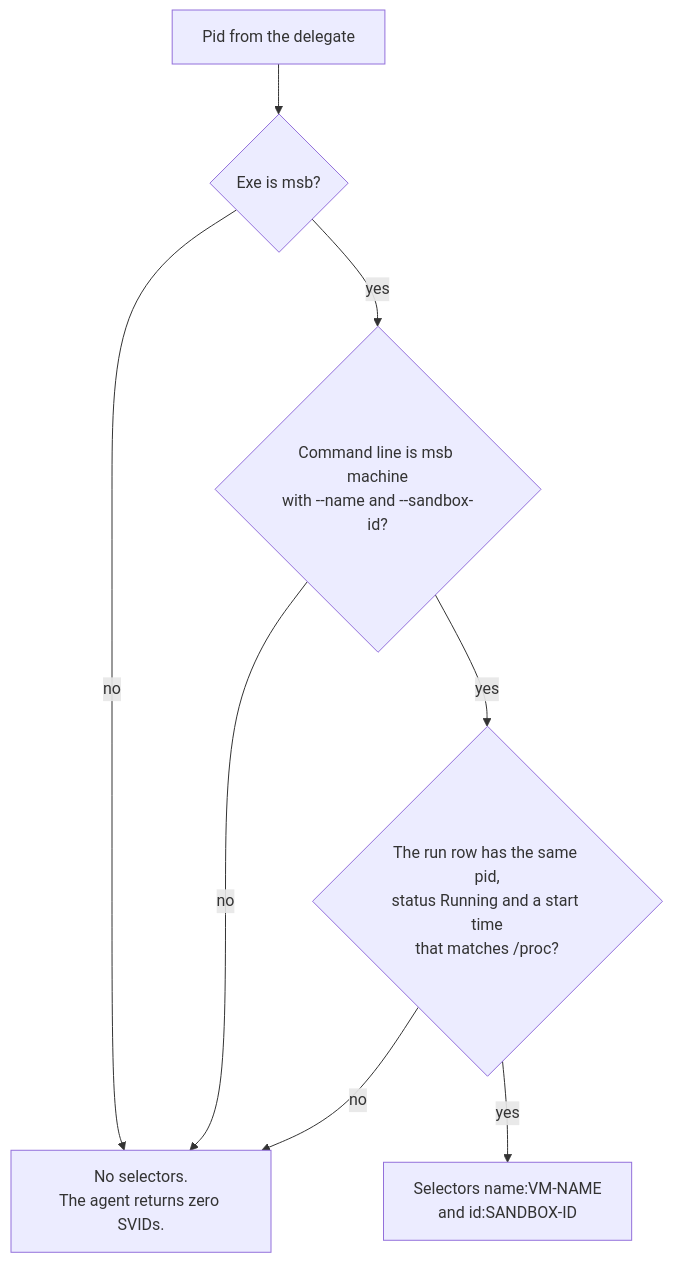
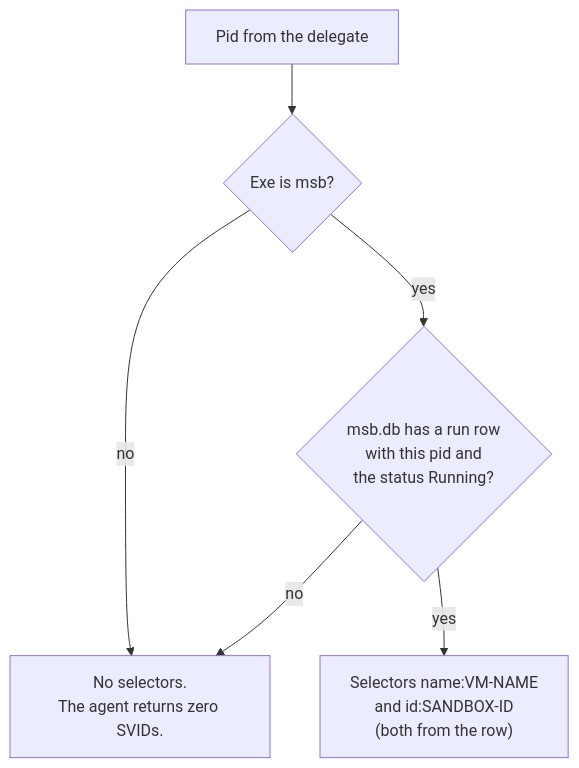
The fourth of 5 diagrams in code/agent-workload-identity/docs/workload-attestation.md (raghav19/engineersdaybook), drawn with Mermaid before and after one commit. The commit also changed other lines of this file and 16 other files, not shown here.

````diff
--- a/code/agent-workload-identity/docs/workload-attestation.md
+++ b/code/agent-workload-identity/docs/workload-attestation.md
@@ -97,10 +97,8 @@
 ```mermaid
 flowchart TD
     pid["Pid from the delegate"] --> c1{"Exe is msb?"}
     c1 -->|no| refuse["No selectors.<br/>The agent returns zero SVIDs."]
-    c1 -->|yes| c2{"Command line is msb machine<br/>with --name and --sandbox-id?"}
+    c1 -->|yes| c2{"msb.db has a run row<br/>with this pid and<br/>the status Running?"}
     c2 -->|no| refuse
-    c2 -->|yes| c3{"The run row has the same pid,<br/>status Running and a start time<br/>that matches /proc?"}
-    c3 -->|no| refuse
-    c3 -->|yes| ok["Selectors name:VM-NAME<br/>and id:SANDBOX-ID"]
+    c2 -->|yes| ok["Selectors name:VM-NAME<br/>and id:SANDBOX-ID<br/>(both from the row)"]
 ```
````
